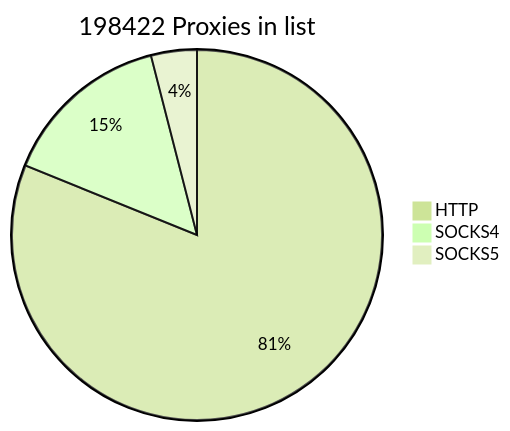
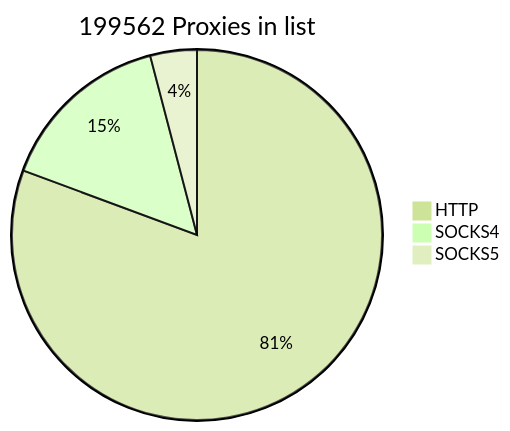
The first of 2 diagrams in README.md (cutipu/proxylist), drawn with Mermaid (forest theme) before and after one commit. The commit also changed other lines of this file, not shown here.

````diff
--- a/README.md
+++ b/README.md
@@ -2,7 +2,7 @@
 ```mermaid
-pie title 198422 Proxies in list
-    "HTTP" : 160975
-    "SOCKS4" : 29512
-    "SOCKS5" : 7935
+pie title 199562 Proxies in list
+    "HTTP" : 160962
+    "SOCKS4" : 30480
+    "SOCKS5" : 8120
             
 ```
````
